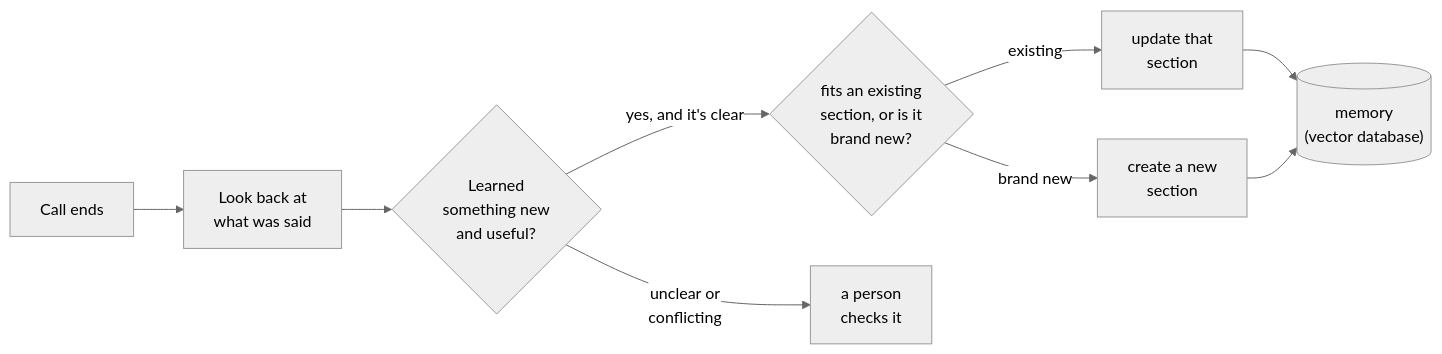
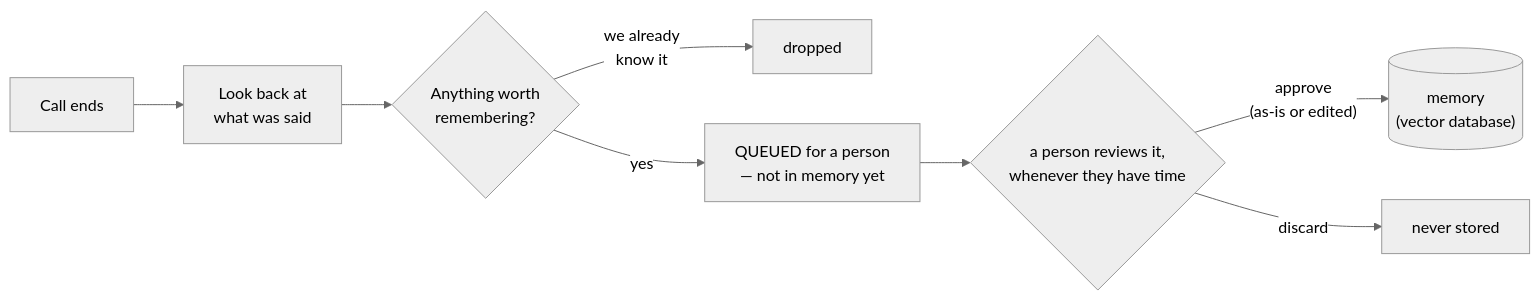
Before and after one commit to shahbhavya7/Prompt_Factory: the third of 4 diagrams in docs/VOICE_PIPELINE.md, drawn with Mermaid (neutral theme). The commit also changed other lines of this file and 17 other files, not shown here.

First line of the commit message:
feat: Implement human approval queue for learned rules

````diff
--- a/docs/VOICE_PIPELINE.md
+++ b/docs/VOICE_PIPELINE.md
@@ -120,21 +130,17 @@
 ```mermaid
 flowchart LR
     Call["Call ends"] --> Review["Look back at
     what was said"]
-    Review --> New{"Learned
-    something new
-    and useful?"}
-    New -- "yes, and it's clear" --> Which{"fits an existing
-    section, or is it
-    brand new?"}
-    Which -- "existing" --> Update["update that
-    section"]
-    Which -- "brand new" --> Create["create a new
-    section"]
-    New -- "unclear or
-    conflicting" --> HumanCheck["a person
-    checks it"]
-    Update --> Memory[("memory
+    Review --> New{"Anything worth
+    remembering?"}
+    New -- "we already
+    know it" --> Skip["dropped"]
+    New -- "yes" --> Queue["QUEUED for a person
+    — not in memory yet"]
+    Queue --> Person{"a person reviews it,
+    whenever they have time"}
+    Person -- "approve
+    (as-is or edited)" --> Memory[("memory
     (vector database)")]
-    Create --> Memory
+    Person -- "discard" --> Gone["never stored"]
 ```
````
